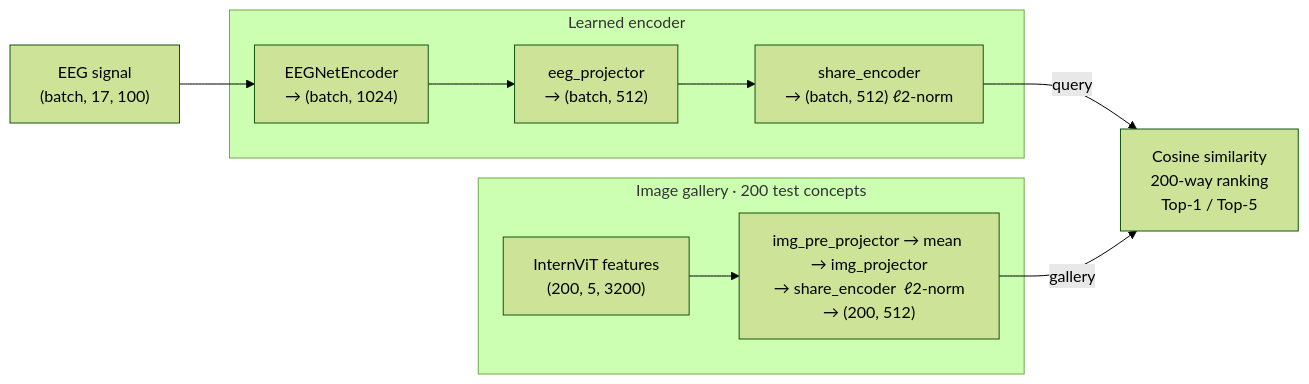
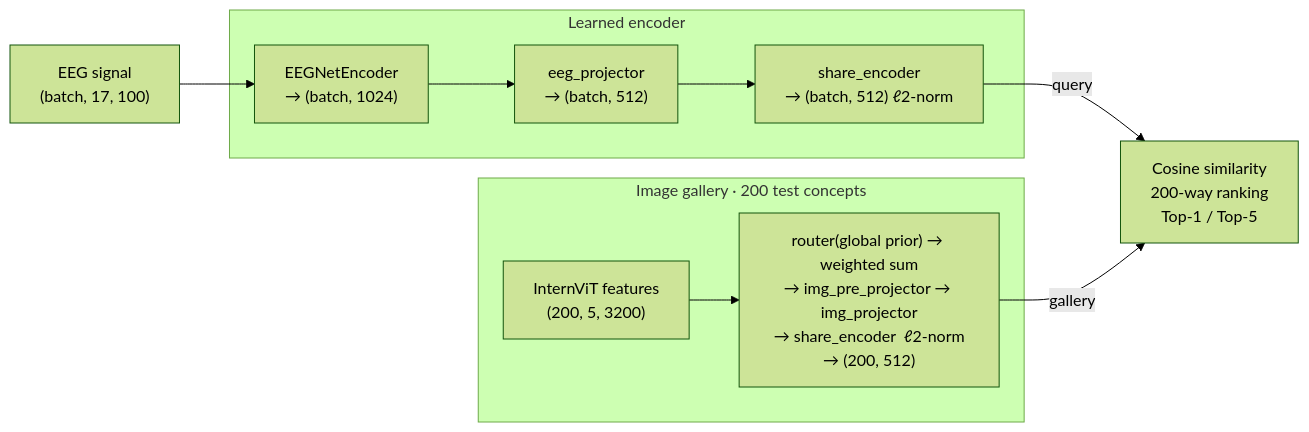
The second of 2 diagrams in README.md (RTae/SUPA-EEG), drawn with Mermaid (forest theme) before and after one commit. The commit also changed other lines of this file, not shown here.

Commit message:
docs: update loss stages and image processing flow in README

````diff
--- a/README.md
+++ b/README.md
@@ -49,21 +50,21 @@
 ```mermaid
 flowchart LR
     EEG["EEG signal\n(batch, 17, 100)"]
 
     subgraph MODEL["Learned encoder"]
         EE["EEGNetEncoder\n→ (batch, 1024)"]
         EP["eeg_projector\n→ (batch, 512)"]
         SE["share_encoder\n→ (batch, 512)  ℓ2-norm"]
     end
 
     subgraph GALLERY["Image gallery · 200 test concepts"]
         IF["InternViT features\n(200, 5, 3200)"]
-        IP["img_pre_projector → mean → img_projector\n→ share_encoder  ℓ2-norm\n→ (200, 512)"]
+        IP["router(global prior) → weighted sum\n→ img_pre_projector → img_projector\n→ share_encoder  ℓ2-norm\n→ (200, 512)"]
     end
 
     RET["Cosine similarity\n200-way ranking\nTop-1 / Top-5"]
 
     EEG --> EE --> EP --> SE
     SE -->|query| RET
     IF --> IP -->|gallery| RET
 ```
````
